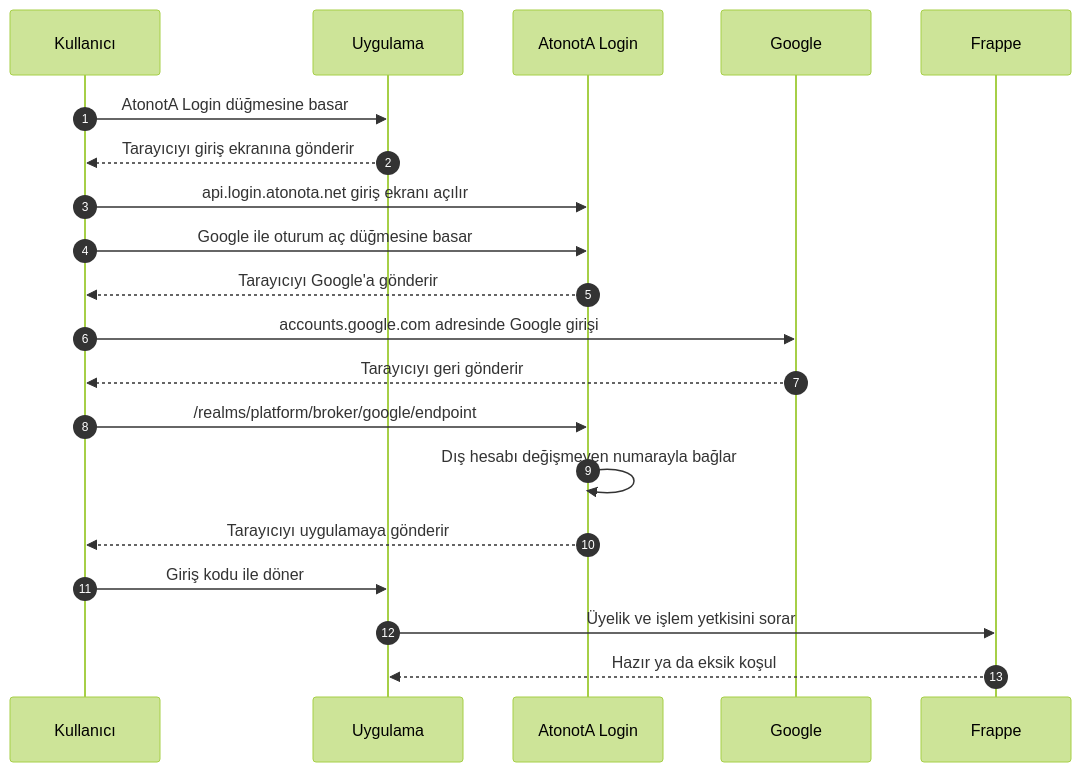
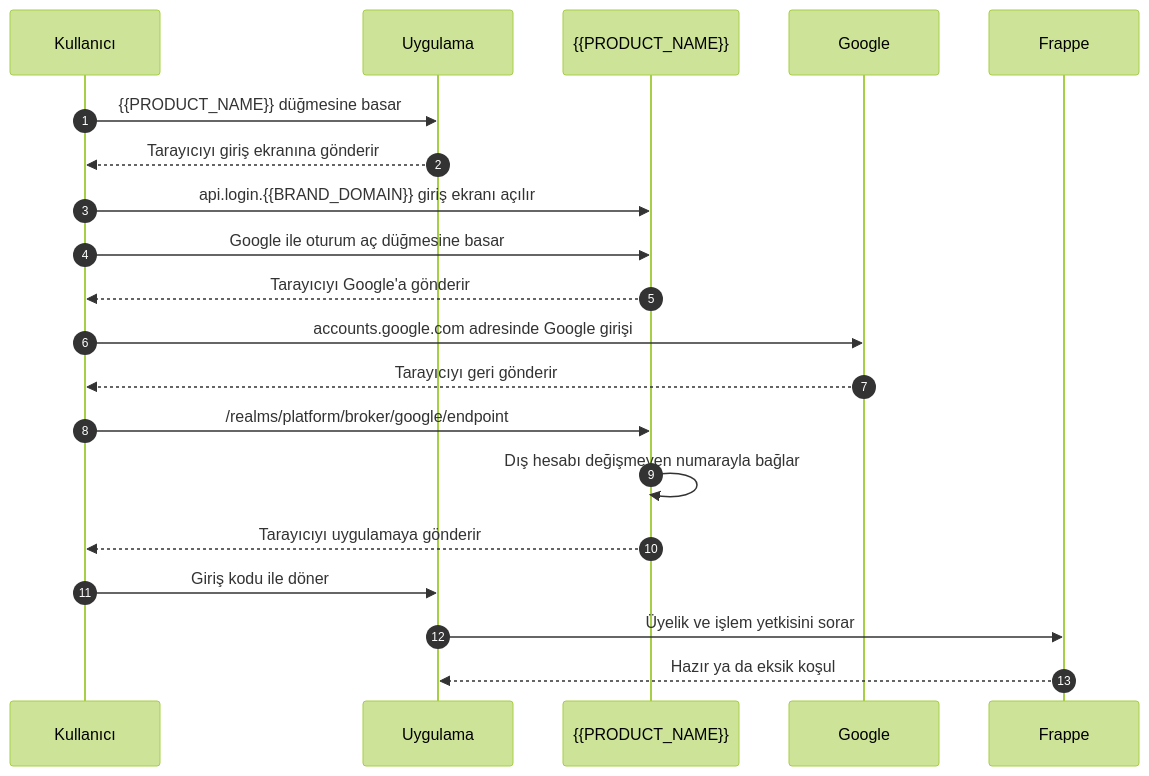
Before and after one commit to karacaismail/frappesetup: the diagram in src/content/docs/atonota-login.md, drawn with Mermaid (forest theme). The commit also changed other lines of this file and 36 other files, not shown here.

````diff
--- a/src/content/docs/atonota-login.md
+++ b/src/content/docs/atonota-login.md
@@ -78,22 +78,22 @@
 ```mermaid
 sequenceDiagram
   autonumber
   participant U as Kullanıcı
   participant A as Uygulama
-  participant L as AtonotA Login
+  participant L as {{PRODUCT_NAME}}
   participant G as Google
   participant F as Frappe
-  U->>A: AtonotA Login düğmesine basar
+  U->>A: {{PRODUCT_NAME}} düğmesine basar
   A-->>U: Tarayıcıyı giriş ekranına gönderir
-  U->>L: api.login.atonota.net giriş ekranı açılır
+  U->>L: api.login.{{BRAND_DOMAIN}} giriş ekranı açılır
   U->>L: Google ile oturum aç düğmesine basar
   L-->>U: Tarayıcıyı Google'a gönderir
   U->>G: accounts.google.com adresinde Google girişi
   G-->>U: Tarayıcıyı geri gönderir
   U->>L: /realms/platform/broker/google/endpoint
   L->>L: Dış hesabı değişmeyen numarayla bağlar
   L-->>U: Tarayıcıyı uygulamaya gönderir
   U->>A: Giriş kodu ile döner
   A->>F: Üyelik ve işlem yetkisini sorar
   F-->>A: Hazır ya da eksik koşul
 ```
````
